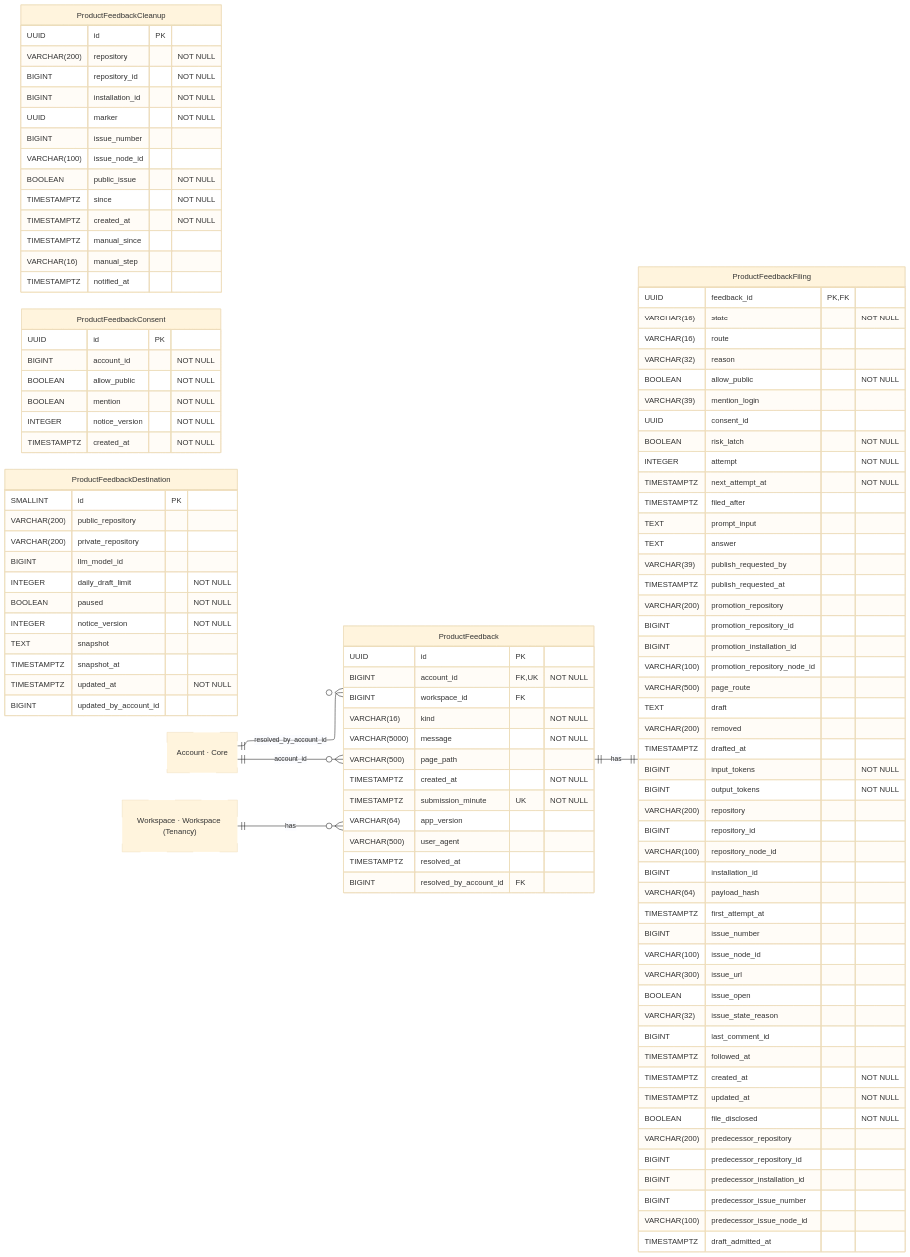
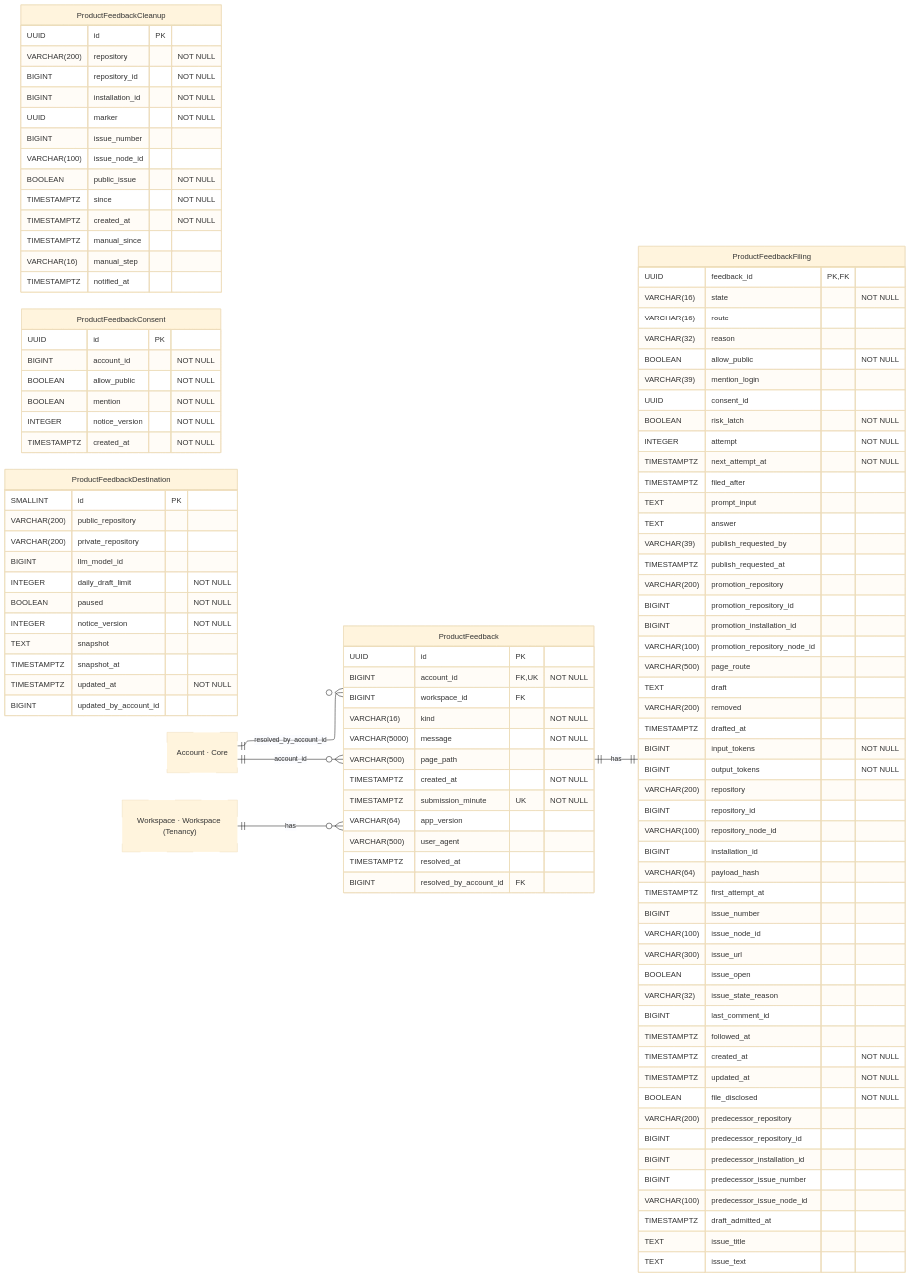
The diagram in docs/contributor/erd/productfeedback.mmd (hephaestus-build/Hephaestus), drawn with Mermaid (base theme) before and after one commit. The commit also changed 40 other files, not shown here.

```diff
--- a/docs/contributor/erd/productfeedback.mmd
+++ b/docs/contributor/erd/productfeedback.mmd
@@ -1,135 +1,137 @@
 ---
 config:
     layout: elk
 ---
 erDiagram
     %% Generated automatically from PostgreSQL database schema
     %% using scripts/generate-mermaid-erd.ts
     %% To regenerate: vp run db:generate-erd-docs
 
     direction LR
 
     ProductFeedback {
         UUID id PK
         BIGINT account_id FK,UK "NOT NULL"
         BIGINT workspace_id FK
         VARCHAR(16) kind "NOT NULL"
         VARCHAR(5000) message "NOT NULL"
         VARCHAR(500) page_path
         TIMESTAMPTZ created_at "NOT NULL"
         TIMESTAMPTZ submission_minute UK "NOT NULL"
         VARCHAR(64) app_version
         VARCHAR(500) user_agent
         TIMESTAMPTZ resolved_at
         BIGINT resolved_by_account_id FK
     }
 
     ProductFeedbackCleanup {
         UUID id PK
         VARCHAR(200) repository "NOT NULL"
         BIGINT repository_id "NOT NULL"
         BIGINT installation_id "NOT NULL"
         UUID marker "NOT NULL"
         BIGINT issue_number
         VARCHAR(100) issue_node_id
         BOOLEAN public_issue "NOT NULL"
         TIMESTAMPTZ since "NOT NULL"
         TIMESTAMPTZ created_at "NOT NULL"
         TIMESTAMPTZ manual_since
         VARCHAR(16) manual_step
         TIMESTAMPTZ notified_at
     }
 
     ProductFeedbackConsent {
         UUID id PK
         BIGINT account_id "NOT NULL"
         BOOLEAN allow_public "NOT NULL"
         BOOLEAN mention "NOT NULL"
         INTEGER notice_version "NOT NULL"
         TIMESTAMPTZ created_at "NOT NULL"
     }
 
     ProductFeedbackDestination {
         SMALLINT id PK
         VARCHAR(200) public_repository
         VARCHAR(200) private_repository
         BIGINT llm_model_id
         INTEGER daily_draft_limit "NOT NULL"
         BOOLEAN paused "NOT NULL"
         INTEGER notice_version "NOT NULL"
         TEXT snapshot
         TIMESTAMPTZ snapshot_at
         TIMESTAMPTZ updated_at "NOT NULL"
         BIGINT updated_by_account_id
     }
 
     ProductFeedbackFiling {
         UUID feedback_id PK,FK
         VARCHAR(16) state "NOT NULL"
         VARCHAR(16) route
         VARCHAR(32) reason
         BOOLEAN allow_public "NOT NULL"
         VARCHAR(39) mention_login
         UUID consent_id
         BOOLEAN risk_latch "NOT NULL"
         INTEGER attempt "NOT NULL"
         TIMESTAMPTZ next_attempt_at "NOT NULL"
         TIMESTAMPTZ filed_after
         TEXT prompt_input
         TEXT answer
         VARCHAR(39) publish_requested_by
         TIMESTAMPTZ publish_requested_at
         VARCHAR(200) promotion_repository
         BIGINT promotion_repository_id
         BIGINT promotion_installation_id
         VARCHAR(100) promotion_repository_node_id
         VARCHAR(500) page_route
         TEXT draft
         VARCHAR(200) removed
         TIMESTAMPTZ drafted_at
         BIGINT input_tokens "NOT NULL"
         BIGINT output_tokens "NOT NULL"
         VARCHAR(200) repository
         BIGINT repository_id
         VARCHAR(100) repository_node_id
         BIGINT installation_id
         VARCHAR(64) payload_hash
         TIMESTAMPTZ first_attempt_at
         BIGINT issue_number
         VARCHAR(100) issue_node_id
         VARCHAR(300) issue_url
         BOOLEAN issue_open
         VARCHAR(32) issue_state_reason
         BIGINT last_comment_id
         TIMESTAMPTZ followed_at
         TIMESTAMPTZ created_at "NOT NULL"
         TIMESTAMPTZ updated_at "NOT NULL"
         BOOLEAN file_disclosed "NOT NULL"
         VARCHAR(200) predecessor_repository
         BIGINT predecessor_repository_id
         BIGINT predecessor_installation_id
         BIGINT predecessor_issue_number
         VARCHAR(100) predecessor_issue_node_id
         TIMESTAMPTZ draft_admitted_at
+        TEXT issue_title
+        TEXT issue_text
     }
 
     Account["Account · Core"]
     Workspace["Workspace · Workspace (Tenancy)"]
 
     %% Relationships
     %% One-to-One relationships
     ProductFeedback ||--|| ProductFeedbackFiling : has
 
     %% One-to-Many relationships
     Account ||--o{ ProductFeedback : account_id
     Account ||--o{ ProductFeedback : resolved_by_account_id
     Workspace ||--o{ ProductFeedback : has
 
     %% Styling
     classDef primaryEntity stroke-width:2px
     classDef associationEntity stroke-width:1px
     classDef metadataEntity stroke-width:1px
     classDef referenceEntity stroke-dasharray:5 5
 
     class Account referenceEntity
     class Workspace referenceEntity
```
